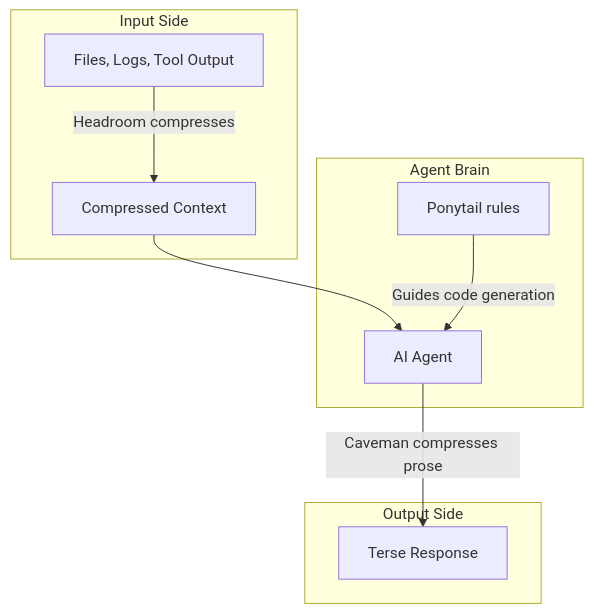
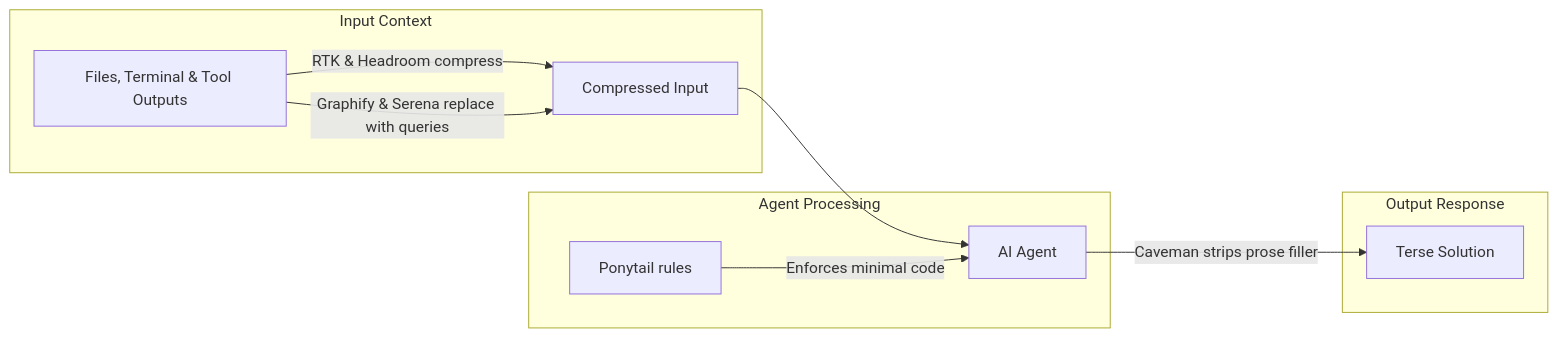
The first of 2 diagrams in _drafts/reduce-ai-token-usage-tools-guide.md (sagarnikam123/sagarnikam123.github.io), drawn with Mermaid before and after one commit. The commit also changed other lines of this file, not shown here.

````diff
--- a/_drafts/reduce-ai-token-usage-tools-guide.md
+++ b/_drafts/reduce-ai-token-usage-tools-guide.md
@@ -387,15 +46,16 @@
 ```mermaid
-graph TB
-    subgraph "Input Side"
-        A[Files, Logs, Tool Output] -->|Headroom compresses| B[Compressed Context]
+graph LR
+    subgraph "Input Context"
+        A[Files, Terminal & Tool Outputs] -->|RTK & Headroom compress| B[Compressed Input]
+        A -->|Graphify & Serena replace with queries| B
     end
     
-    subgraph "Agent Brain"
+    subgraph "Agent Processing"
         B --> C[AI Agent]
-        D[Ponytail rules] -->|Guides code generation| C
+        D[Ponytail rules] -->|Enforces minimal code| C
     end
     
-    subgraph "Output Side"
-        C -->|Caveman compresses prose| E[Terse Response]
+    subgraph "Output Response"
+        C -->|Caveman strips prose filler| E[Terse Solution]
     end
 ```
````
